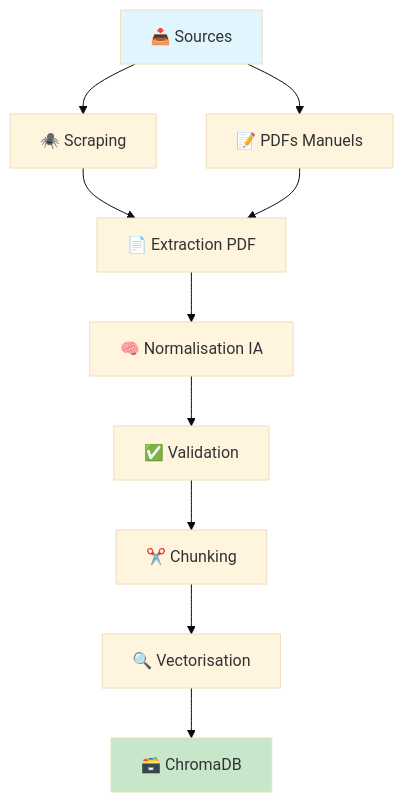
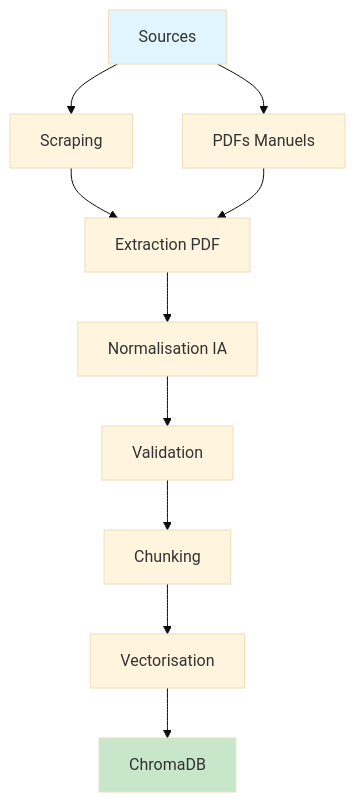
Before and after one commit to Adr44mo/Stage-Chatbot-Polytech: the diagram in Document_handler/README.md, drawn with Mermaid (base theme). The commit also changed other lines of this file and 8 other files, not shown here.

````diff
--- a/Document_handler/README.md
+++ b/Document_handler/README.md
@@ -13,16 +13,16 @@
 ```mermaid
 graph TD
-    A[📥 Sources] --> B[🕷️ Scraping]
-    B --> C[📄 Extraction PDF]
-    C --> D[🧠 Normalisation IA]
-    D --> E[✅ Validation]
-    E --> F[✂️ Chunking]
-    F --> G[🔍 Vectorisation]
-    G --> H[🗃️ ChromaDB]
+    A[Sources] --> B[Scraping]
+    B --> C[Extraction PDF]
+    C --> D[Normalisation IA]
+    D --> E[Validation]
+    E --> F[Chunking]
+    F --> G[Vectorisation]
+    G --> H[ChromaDB]
     
-    A --> I[📝 PDFs Manuels]
+    A --> I[PDFs Manuels]
     I --> C
     
     style A fill:#e1f5fe
     style H fill:#c8e6c9
 ```
````
